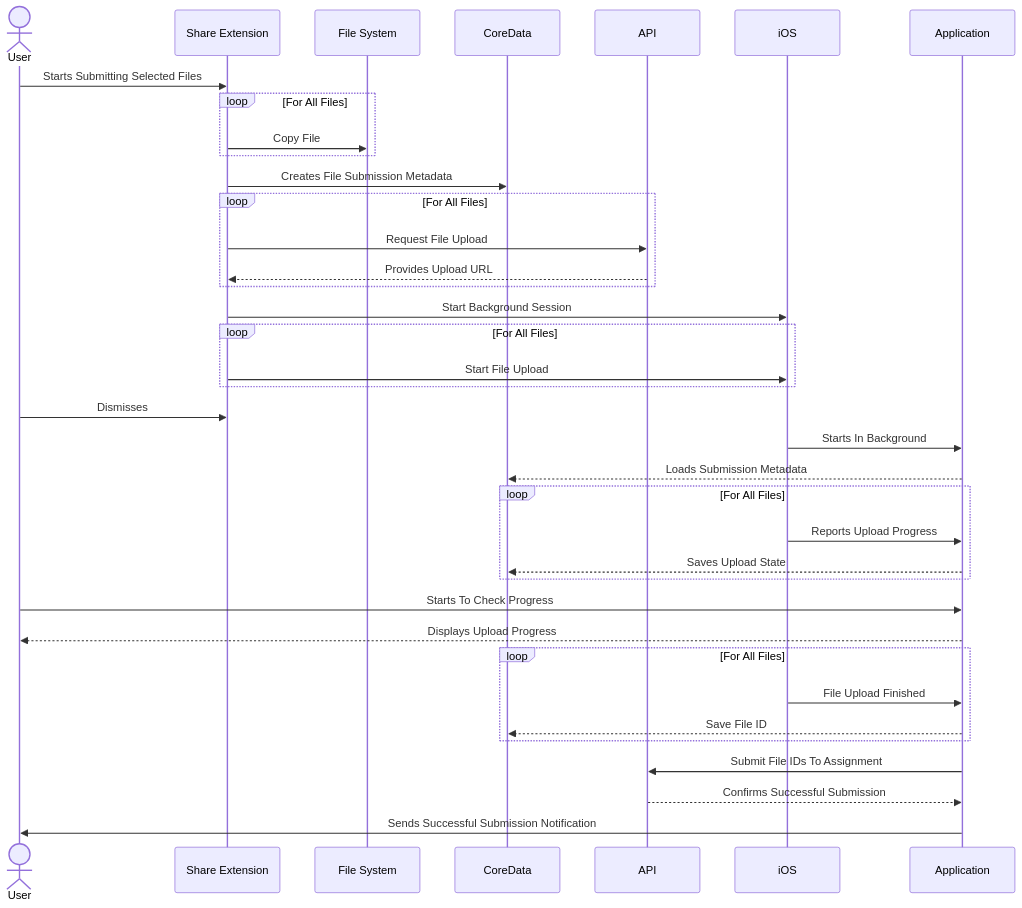
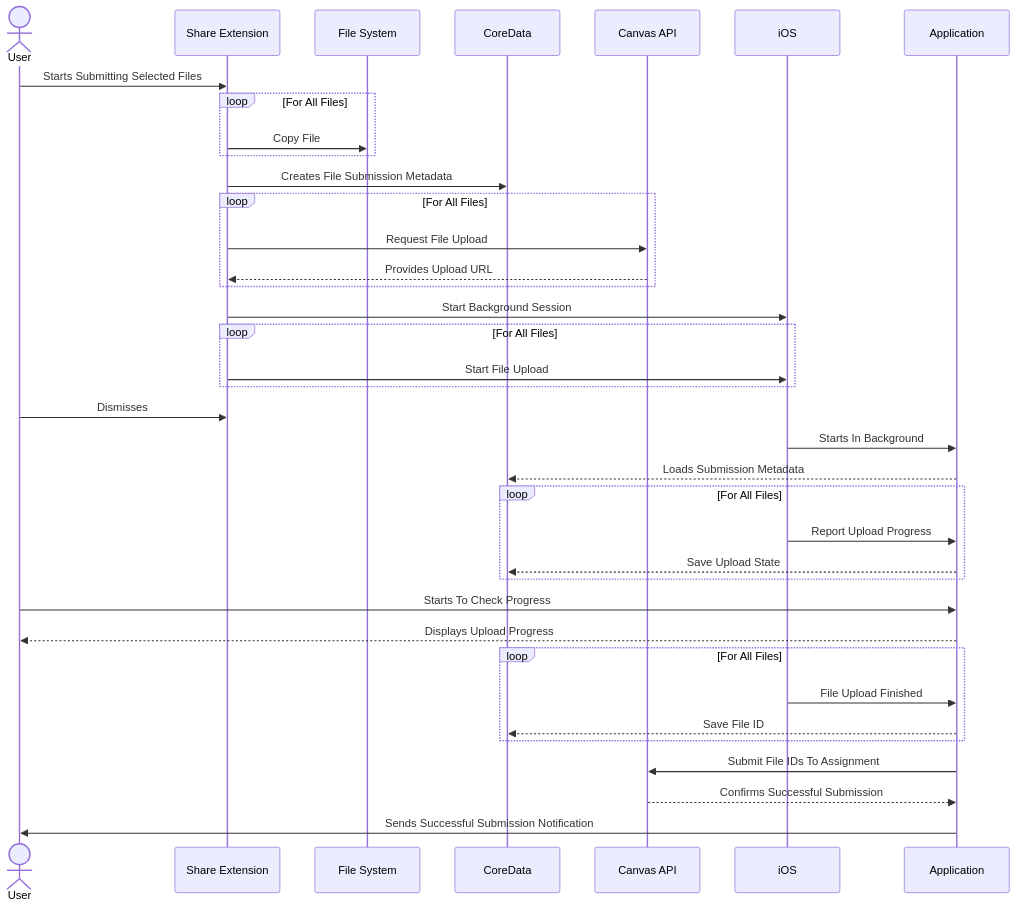
One commit to instructure/canvas-ios changed the diagram in Core/Core/Files/FileSubmission/README.md. Above: the diagram before and after it, drawn with Mermaid. The commit also changed 3 other files, not shown here.

Commit message:
Add progress observer for a single file upload with tests.

````diff
--- a/Core/Core/Files/FileSubmission/README.md
+++ b/Core/Core/Files/FileSubmission/README.md
@@ -4,33 +4,33 @@
 ```mermaid
 sequenceDiagram
     actor User
     User->>Share Extension: Starts Submitting Selected Files
     loop For All Files
         Share Extension->>File System: Copy File
     end
     Share Extension->>CoreData: Creates File Submission Metadata
     loop For All Files
-        Share Extension->>API: Request File Upload
-        API-->>Share Extension: Provides Upload URL
+        Share Extension->>Canvas API: Request File Upload
+        Canvas API-->>Share Extension: Provides Upload URL
     end
     Share Extension->>iOS: Start Background Session
     loop For All Files
         Share Extension->>iOS: Start File Upload
     end
     User->>Share Extension: Dismisses
     iOS->>Application: Starts In Background
     Application-->>CoreData: Loads Submission Metadata
     loop For All Files
-        iOS->>Application: Reports Upload Progress
-        Application-->>CoreData: Saves Upload State
+        iOS->>Application: Report Upload Progress
+        Application-->>CoreData: Save Upload State
     end
     User->>Application: Starts To Check Progress
     Application-->>User: Displays Upload Progress
     loop For All Files
         iOS->>Application: File Upload Finished
         Application-->>CoreData: Save File ID
     end
-    Application->>API: Submit File IDs To Assignment
-    API-->>Application: Confirms Successful Submission
+    Application->>Canvas API: Submit File IDs To Assignment
+    Canvas API-->>Application: Confirms Successful Submission
     Application->>User: Sends Successful Submission Notification
 ```
````
